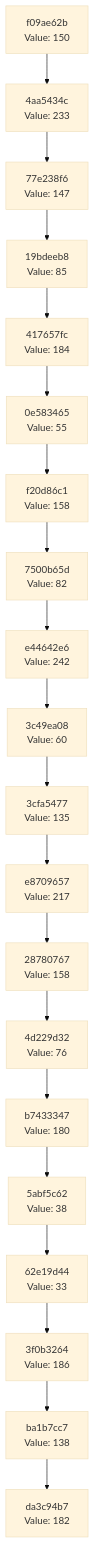
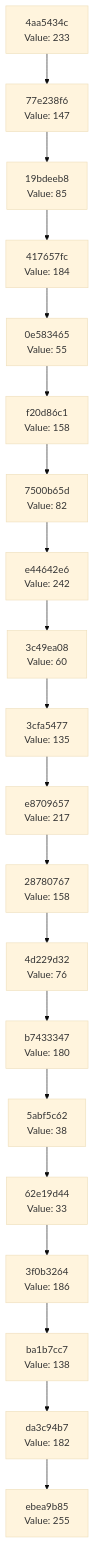
The diagram in docs/CHAIN_VISUALIZATION.md (Abhisheksinha1506/hash-chain-evolver), drawn with Mermaid (base theme) before and after one commit. The commit also changed 2 other files, not shown here.

Commit message:
Evolution Step

````diff
--- a/docs/CHAIN_VISUALIZATION.md
+++ b/docs/CHAIN_VISUALIZATION.md
@@ -3,42 +3,42 @@
 ```mermaid
 graph TD
-    C0["da3c94b7<br/>Value: 182"]
-    C1["ba1b7cc7<br/>Value: 138"]
+    C0["ebea9b85<br/>Value: 255"]
+    C1["da3c94b7<br/>Value: 182"]
     C1 --> C0
-    C2["3f0b3264<br/>Value: 186"]
+    C2["ba1b7cc7<br/>Value: 138"]
     C2 --> C1
-    C3["62e19d44<br/>Value: 33"]
+    C3["3f0b3264<br/>Value: 186"]
     C3 --> C2
-    C4["5abf5c62<br/>Value: 38"]
+    C4["62e19d44<br/>Value: 33"]
     C4 --> C3
-    C5["b7433347<br/>Value: 180"]
+    C5["5abf5c62<br/>Value: 38"]
     C5 --> C4
-    C6["4d229d32<br/>Value: 76"]
+    C6["b7433347<br/>Value: 180"]
     C6 --> C5
-    C7["28780767<br/>Value: 158"]
+    C7["4d229d32<br/>Value: 76"]
     C7 --> C6
-    C8["e8709657<br/>Value: 217"]
+    C8["28780767<br/>Value: 158"]
     C8 --> C7
-    C9["3cfa5477<br/>Value: 135"]
+    C9["e8709657<br/>Value: 217"]
     C9 --> C8
-    C10["3c49ea08<br/>Value: 60"]
+    C10["3cfa5477<br/>Value: 135"]
     C10 --> C9
-    C11["e44642e6<br/>Value: 242"]
+    C11["3c49ea08<br/>Value: 60"]
     C11 --> C10
-    C12["7500b65d<br/>Value: 82"]
+    C12["e44642e6<br/>Value: 242"]
     C12 --> C11
-    C13["f20d86c1<br/>Value: 158"]
+    C13["7500b65d<br/>Value: 82"]
     C13 --> C12
-    C14["0e583465<br/>Value: 55"]
+    C14["f20d86c1<br/>Value: 158"]
     C14 --> C13
-    C15["417657fc<br/>Value: 184"]
+    C15["0e583465<br/>Value: 55"]
     C15 --> C14
-    C16["19bdeeb8<br/>Value: 85"]
+    C16["417657fc<br/>Value: 184"]
     C16 --> C15
-    C17["77e238f6<br/>Value: 147"]
+    C17["19bdeeb8<br/>Value: 85"]
     C17 --> C16
-    C18["4aa5434c<br/>Value: 233"]
+    C18["77e238f6<br/>Value: 147"]
     C18 --> C17
-    C19["f09ae62b<br/>Value: 150"]
+    C19["4aa5434c<br/>Value: 233"]
     C19 --> C18
 ```
````
